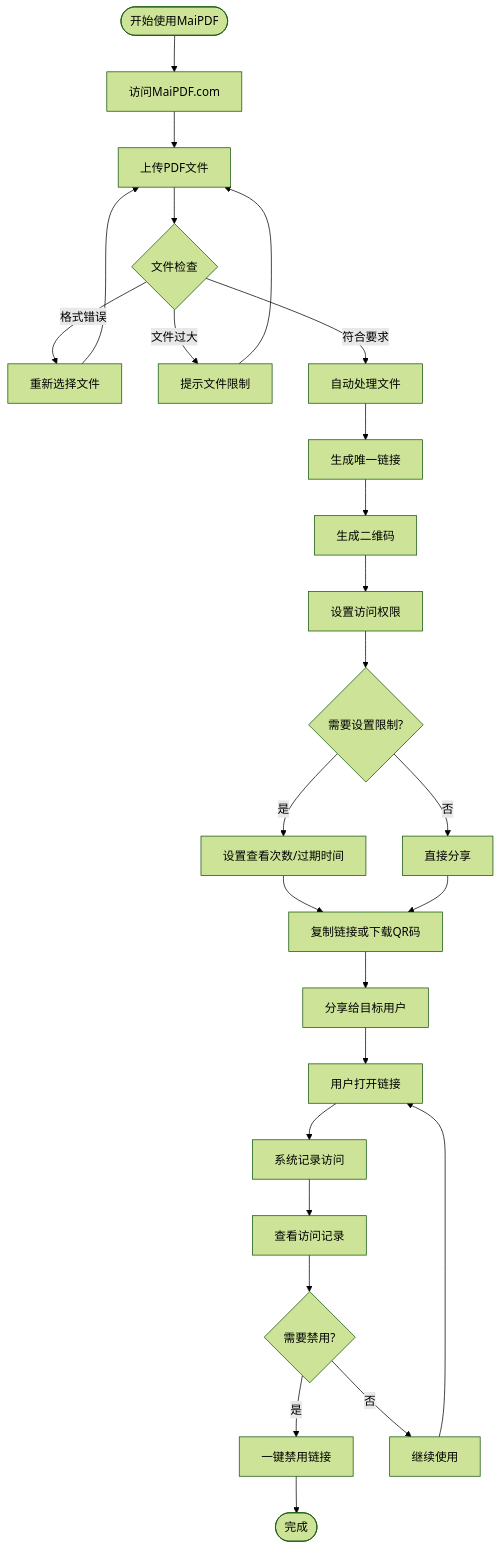
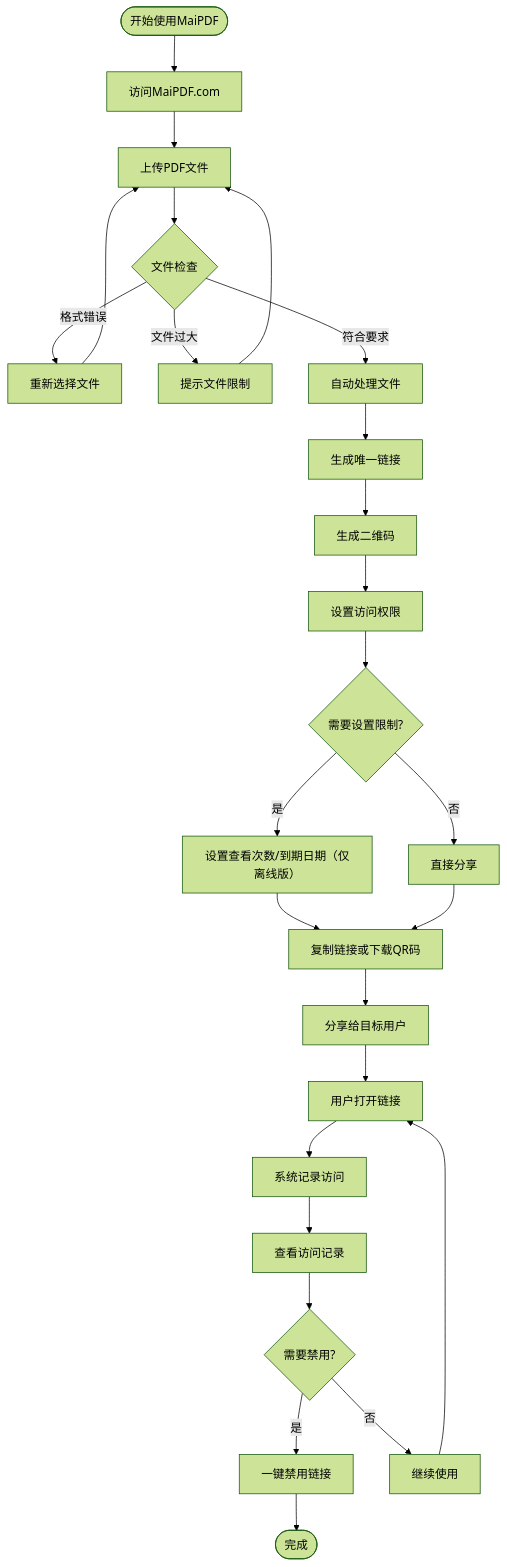
The third of 12 diagrams in src/content/blog/cn/pdf-sharing-introduction.md (mythenigma/cloudflareAstro), drawn with Mermaid (forest theme) before and after one commit. The commit also changed other lines of this file and 127 other files, not shown here.

````diff
--- a/src/content/blog/cn/pdf-sharing-introduction.md
+++ b/src/content/blog/cn/pdf-sharing-introduction.md
@@ -83,28 +85,28 @@
 ```mermaid
 flowchart TD
     Start([开始使用MaiPDF]) --> A[访问MaiPDF.com]
     A --> B[上传PDF文件]
     B --> C{文件检查}
     C -->|格式错误| D[重新选择文件]
     D --> B
     C -->|文件过大| E[提示文件限制]
     E --> B
     C -->|符合要求| F[自动处理文件]
     F --> G[生成唯一链接]
     G --> H[生成二维码]
     H --> I[设置访问权限]
     I --> J{需要设置限制?}
-    J -->|是| K[设置查看次数/过期时间]
+    J -->|是| K[设置查看次数/到期日期（仅离线版）]
     J -->|否| L[直接分享]
     K --> M[复制链接或下载QR码]
     L --> M
     M --> N[分享给目标用户]
     N --> O[用户打开链接]
     O --> P[系统记录访问]
     P --> Q[查看访问记录]
     Q --> R{需要禁用?}
     R -->|是| S[一键禁用链接]
     R -->|否| T[继续使用]
     S --> End([完成])
     T --> O
 ```
````
